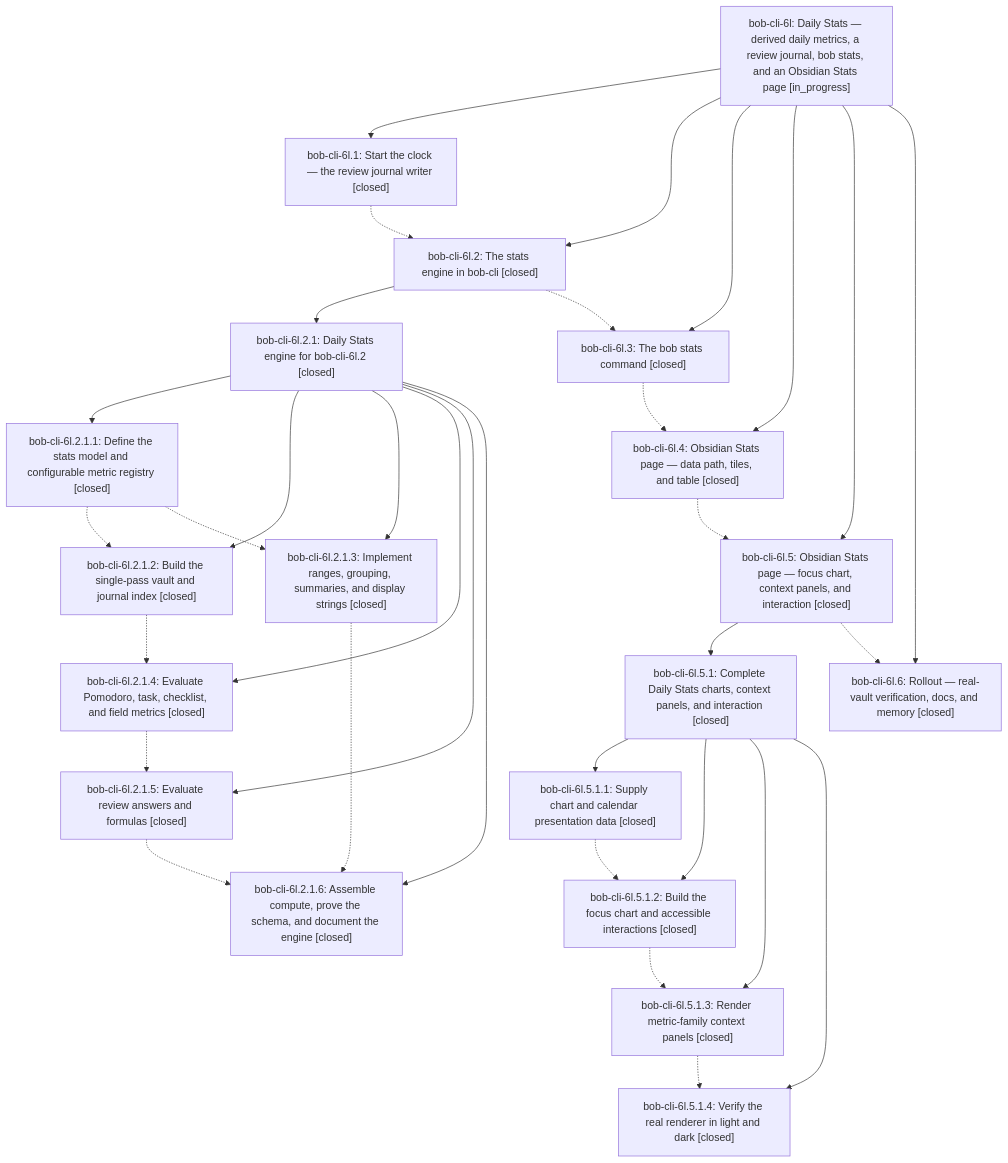
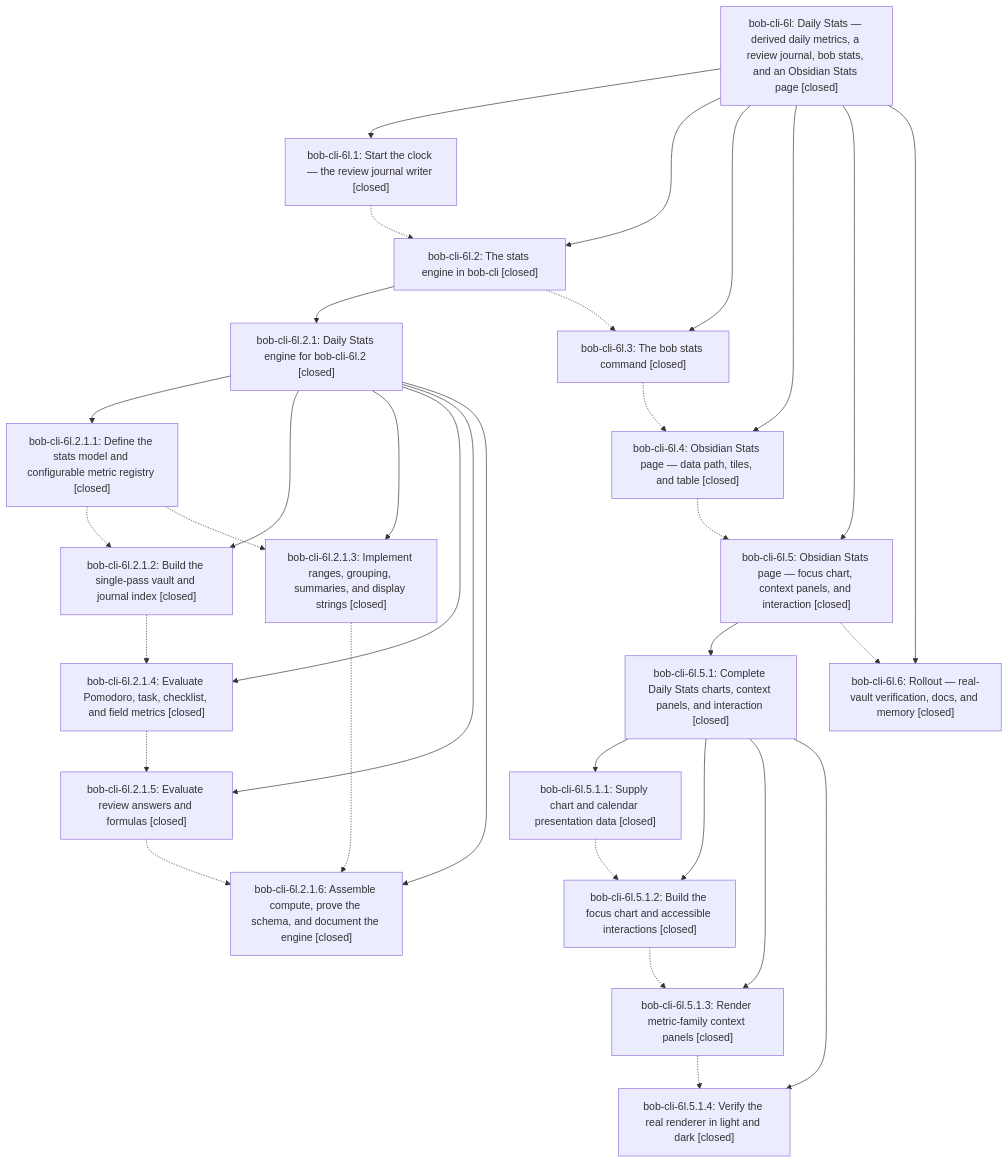
Before and after one commit to bobs-org/bob-cli--beads: the diagram in pages/bob-cli-6l/README.md, drawn with Mermaid. The commit also changed other lines of this file and 1 other file, not shown here.

First line of the commit message:
chore(beads): sync bead state and pages for bob-cli-6l

````diff
--- a/pages/bob-cli-6l/README.md
+++ b/pages/bob-cli-6l/README.md
@@ -45,54 +51,54 @@
 ```mermaid
 flowchart TD
-    n0["bob-cli-6l: Daily Stats — derived daily metrics, a review journal, bob stats, and an Obsidian Stats page [in_progress]"]
+    n0["bob-cli-6l: Daily Stats — derived daily metrics, a review journal, bob stats, and an Obsidian Stats page [closed]"]
     n1["bob-cli-6l.1: Start the clock — the review journal writer [closed]"]
     n2["bob-cli-6l.2: The stats engine in bob-cli [closed]"]
     n3["bob-cli-6l.2.1: Daily Stats engine for bob-cli-6l.2 [closed]"]
     n4["bob-cli-6l.2.1.1: Define the stats model and configurable metric registry [closed]"]
     n5["bob-cli-6l.2.1.2: Build the single-pass vault and journal index [closed]"]
     n6["bob-cli-6l.2.1.3: Implement ranges, grouping, summaries, and display strings [closed]"]
     n7["bob-cli-6l.2.1.4: Evaluate Pomodoro, task, checklist, and field metrics [closed]"]
     n8["bob-cli-6l.2.1.5: Evaluate review answers and formulas [closed]"]
     n9["bob-cli-6l.2.1.6: Assemble compute, prove the schema, and document the engine [closed]"]
     n10["bob-cli-6l.3: The bob stats command [closed]"]
     n11["bob-cli-6l.4: Obsidian Stats page — data path, tiles, and table [closed]"]
     n12["bob-cli-6l.5: Obsidian Stats page — focus chart, context panels, and interaction [closed]"]
     n13["bob-cli-6l.5.1: Complete Daily Stats charts, context panels, and interaction [closed]"]
     n14["bob-cli-6l.5.1.1: Supply chart and calendar presentation data [closed]"]
     n15["bob-cli-6l.5.1.2: Build the focus chart and accessible interactions [closed]"]
     n16["bob-cli-6l.5.1.3: Render metric-family context panels [closed]"]
     n17["bob-cli-6l.5.1.4: Verify the real renderer in light and dark [closed]"]
     n18["bob-cli-6l.6: Rollout — real-vault verification, docs, and memory [closed]"]
     n0 --> n1
     n0 --> n2
     n2 --> n3
     n3 --> n4
     n3 --> n5
     n3 --> n6
     n3 --> n7
     n3 --> n8
     n3 --> n9
     n0 --> n10
     n0 --> n11
     n0 --> n12
     n12 --> n13
     n13 --> n14
     n13 --> n15
     n13 --> n16
     n13 --> n17
     n0 --> n18
     n1 -.-> n2
     n2 -.-> n10
     n4 -.-> n5
     n4 -.-> n6
     n5 -.-> n7
     n6 -.-> n9
     n7 -.-> n8
     n8 -.-> n9
     n10 -.-> n11
     n11 -.-> n12
     n12 -.-> n18
     n14 -.-> n15
     n15 -.-> n16
     n16 -.-> n17
 ```
````
